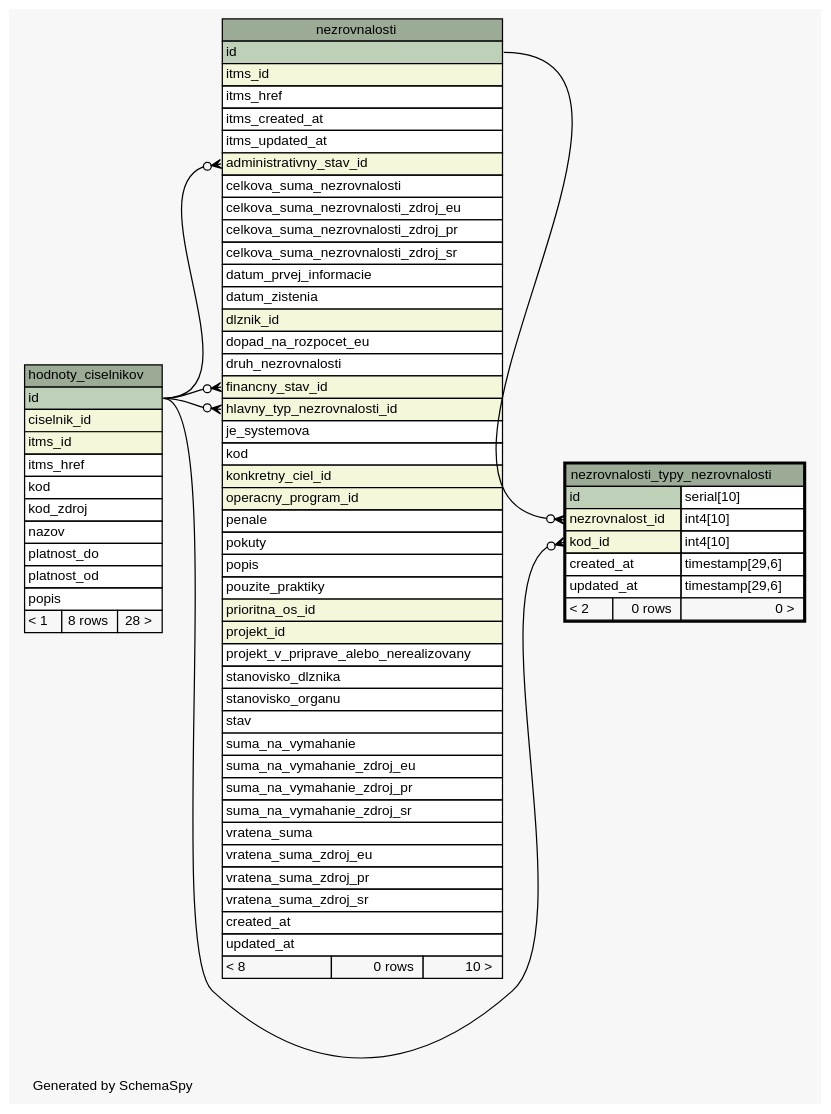
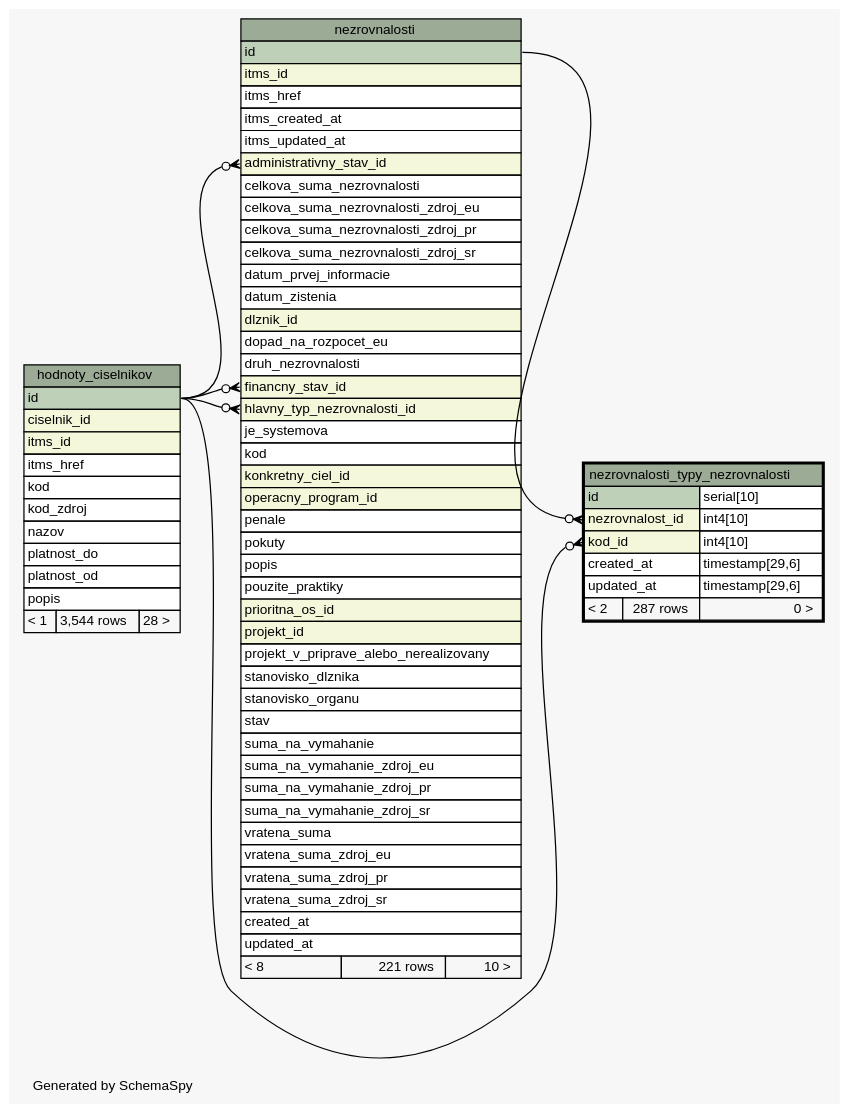
The diagram in diagrams/nezrovnalosti_typy_nezrovnalosti.1degree.dot (eronisko/itms_schema), drawn with Graphviz before and after one commit. The commit also changed 470 other files, not shown here.

Commit message:
Reload schema data

```diff
--- a/diagrams/nezrovnalosti_typy_nezrovnalosti.1degree.dot
+++ b/diagrams/nezrovnalosti_typy_nezrovnalosti.1degree.dot
@@ -1,110 +1,110 @@
 // dot 2.38.0 on Linux 4.10.0-38-generic
 // SchemaSpy rev 590
 digraph "oneDegreeRelationshipsDiagram" {
   graph [
     rankdir="RL"
     bgcolor="#f7f7f7"
     label="\nGenerated by SchemaSpy"
     labeljust="l"
     nodesep="0.18"
     ranksep="0.46"
     fontname="Helvetica"
     fontsize="11"
   ];
   node [
     fontname="Helvetica"
     fontsize="11"
     shape="plaintext"
   ];
   edge [
     arrowsize="0.8"
   ];
   "nezrovnalosti":"administrativny_stav_id":w -> "hodnoty_ciselnikov":"id":e [arrowhead=none dir=back arrowtail=crowodot];
   "nezrovnalosti":"financny_stav_id":w -> "hodnoty_ciselnikov":"id":e [arrowhead=none dir=back arrowtail=crowodot];
   "nezrovnalosti":"hlavny_typ_nezrovnalosti_id":w -> "hodnoty_ciselnikov":"id":e [arrowhead=none dir=back arrowtail=crowodot];
   "nezrovnalosti_typy_nezrovnalosti":"kod_id":w -> "hodnoty_ciselnikov":"id":e [arrowhead=none dir=back arrowtail=crowodot];
   "nezrovnalosti_typy_nezrovnalosti":"nezrovnalost_id":w -> "nezrovnalosti":"id":e [arrowhead=none dir=back arrowtail=crowodot];
   "hodnoty_ciselnikov" [
     label=<
     <TABLE BORDER="0" CELLBORDER="1" CELLSPACING="0" BGCOLOR="#ffffff">
       <TR><TD COLSPAN="3" BGCOLOR="#9bab96" ALIGN="CENTER">hodnoty_ciselnikov</TD></TR>
       <TR><TD PORT="id" COLSPAN="3" BGCOLOR="#bed1b8" ALIGN="LEFT">id</TD></TR>
       <TR><TD PORT="ciselnik_id" COLSPAN="3" BGCOLOR="#f4f7da" ALIGN="LEFT">ciselnik_id</TD></TR>
       <TR><TD PORT="itms_id" COLSPAN="3" BGCOLOR="#f4f7da" ALIGN="LEFT">itms_id</TD></TR>
       <TR><TD PORT="itms_href" COLSPAN="3" ALIGN="LEFT">itms_href</TD></TR>
       <TR><TD PORT="kod" COLSPAN="3" ALIGN="LEFT">kod</TD></TR>
       <TR><TD PORT="kod_zdroj" COLSPAN="3" ALIGN="LEFT">kod_zdroj</TD></TR>
       <TR><TD PORT="nazov" COLSPAN="3" ALIGN="LEFT">nazov</TD></TR>
       <TR><TD PORT="platnost_do" COLSPAN="3" ALIGN="LEFT">platnost_do</TD></TR>
       <TR><TD PORT="platnost_od" COLSPAN="3" ALIGN="LEFT">platnost_od</TD></TR>
       <TR><TD PORT="popis" COLSPAN="3" ALIGN="LEFT">popis</TD></TR>
-      <TR><TD ALIGN="LEFT" BGCOLOR="#f7f7f7">&lt; 1</TD><TD ALIGN="RIGHT" BGCOLOR="#f7f7f7">8 rows</TD><TD ALIGN="RIGHT" BGCOLOR="#f7f7f7">28 &gt;</TD></TR>
+      <TR><TD ALIGN="LEFT" BGCOLOR="#f7f7f7">&lt; 1</TD><TD ALIGN="RIGHT" BGCOLOR="#f7f7f7">3,544 rows</TD><TD ALIGN="RIGHT" BGCOLOR="#f7f7f7">28 &gt;</TD></TR>
     </TABLE>>
     URL="hodnoty_ciselnikov.html"
     tooltip="hodnoty_ciselnikov"
   ];
   "nezrovnalosti" [
     label=<
     <TABLE BORDER="0" CELLBORDER="1" CELLSPACING="0" BGCOLOR="#ffffff">
       <TR><TD COLSPAN="3" BGCOLOR="#9bab96" ALIGN="CENTER">nezrovnalosti</TD></TR>
       <TR><TD PORT="id" COLSPAN="3" BGCOLOR="#bed1b8" ALIGN="LEFT">id</TD></TR>
       <TR><TD PORT="itms_id" COLSPAN="3" BGCOLOR="#f4f7da" ALIGN="LEFT">itms_id</TD></TR>
       <TR><TD PORT="itms_href" COLSPAN="3" ALIGN="LEFT">itms_href</TD></TR>
       <TR><TD PORT="itms_created_at" COLSPAN="3" ALIGN="LEFT">itms_created_at</TD></TR>
       <TR><TD PORT="itms_updated_at" COLSPAN="3" ALIGN="LEFT">itms_updated_at</TD></TR>
       <TR><TD PORT="administrativny_stav_id" COLSPAN="3" BGCOLOR="#f4f7da" ALIGN="LEFT">administrativny_stav_id</TD></TR>
       <TR><TD PORT="celkova_suma_nezrovnalosti" COLSPAN="3" ALIGN="LEFT">celkova_suma_nezrovnalosti</TD></TR>
       <TR><TD PORT="celkova_suma_nezrovnalosti_zdroj_eu" COLSPAN="3" ALIGN="LEFT">celkova_suma_nezrovnalosti_zdroj_eu</TD></TR>
       <TR><TD PORT="celkova_suma_nezrovnalosti_zdroj_pr" COLSPAN="3" ALIGN="LEFT">celkova_suma_nezrovnalosti_zdroj_pr</TD></TR>
       <TR><TD PORT="celkova_suma_nezrovnalosti_zdroj_sr" COLSPAN="3" ALIGN="LEFT">celkova_suma_nezrovnalosti_zdroj_sr</TD></TR>
       <TR><TD PORT="datum_prvej_informacie" COLSPAN="3" ALIGN="LEFT">datum_prvej_informacie</TD></TR>
       <TR><TD PORT="datum_zistenia" COLSPAN="3" ALIGN="LEFT">datum_zistenia</TD></TR>
       <TR><TD PORT="dlznik_id" COLSPAN="3" BGCOLOR="#f4f7da" ALIGN="LEFT">dlznik_id</TD></TR>
       <TR><TD PORT="dopad_na_rozpocet_eu" COLSPAN="3" ALIGN="LEFT">dopad_na_rozpocet_eu</TD></TR>
       <TR><TD PORT="druh_nezrovnalosti" COLSPAN="3" ALIGN="LEFT">druh_nezrovnalosti</TD></TR>
       <TR><TD PORT="financny_stav_id" COLSPAN="3" BGCOLOR="#f4f7da" ALIGN="LEFT">financny_stav_id</TD></TR>
       <TR><TD PORT="hlavny_typ_nezrovnalosti_id" COLSPAN="3" BGCOLOR="#f4f7da" ALIGN="LEFT">hlavny_typ_nezrovnalosti_id</TD></TR>
       <TR><TD PORT="je_systemova" COLSPAN="3" ALIGN="LEFT">je_systemova</TD></TR>
       <TR><TD PORT="kod" COLSPAN="3" ALIGN="LEFT">kod</TD></TR>
       <TR><TD PORT="konkretny_ciel_id" COLSPAN="3" BGCOLOR="#f4f7da" ALIGN="LEFT">konkretny_ciel_id</TD></TR>
       <TR><TD PORT="operacny_program_id" COLSPAN="3" BGCOLOR="#f4f7da" ALIGN="LEFT">operacny_program_id</TD></TR>
       <TR><TD PORT="penale" COLSPAN="3" ALIGN="LEFT">penale</TD></TR>
       <TR><TD PORT="pokuty" COLSPAN="3" ALIGN="LEFT">pokuty</TD></TR>
       <TR><TD PORT="popis" COLSPAN="3" ALIGN="LEFT">popis</TD></TR>
       <TR><TD PORT="pouzite_praktiky" COLSPAN="3" ALIGN="LEFT">pouzite_praktiky</TD></TR>
       <TR><TD PORT="prioritna_os_id" COLSPAN="3" BGCOLOR="#f4f7da" ALIGN="LEFT">prioritna_os_id</TD></TR>
       <TR><TD PORT="projekt_id" COLSPAN="3" BGCOLOR="#f4f7da" ALIGN="LEFT">projekt_id</TD></TR>
       <TR><TD PORT="projekt_v_priprave_alebo_nerealizovany" COLSPAN="3" ALIGN="LEFT">projekt_v_priprave_alebo_nerealizovany</TD></TR>
       <TR><TD PORT="stanovisko_dlznika" COLSPAN="3" ALIGN="LEFT">stanovisko_dlznika</TD></TR>
       <TR><TD PORT="stanovisko_organu" COLSPAN="3" ALIGN="LEFT">stanovisko_organu</TD></TR>
       <TR><TD PORT="stav" COLSPAN="3" ALIGN="LEFT">stav</TD></TR>
       <TR><TD PORT="suma_na_vymahanie" COLSPAN="3" ALIGN="LEFT">suma_na_vymahanie</TD></TR>
       <TR><TD PORT="suma_na_vymahanie_zdroj_eu" COLSPAN="3" ALIGN="LEFT">suma_na_vymahanie_zdroj_eu</TD></TR>
       <TR><TD PORT="suma_na_vymahanie_zdroj_pr" COLSPAN="3" ALIGN="LEFT">suma_na_vymahanie_zdroj_pr</TD></TR>
       <TR><TD PORT="suma_na_vymahanie_zdroj_sr" COLSPAN="3" ALIGN="LEFT">suma_na_vymahanie_zdroj_sr</TD></TR>
       <TR><TD PORT="vratena_suma" COLSPAN="3" ALIGN="LEFT">vratena_suma</TD></TR>
       <TR><TD PORT="vratena_suma_zdroj_eu" COLSPAN="3" ALIGN="LEFT">vratena_suma_zdroj_eu</TD></TR>
       <TR><TD PORT="vratena_suma_zdroj_pr" COLSPAN="3" ALIGN="LEFT">vratena_suma_zdroj_pr</TD></TR>
       <TR><TD PORT="vratena_suma_zdroj_sr" COLSPAN="3" ALIGN="LEFT">vratena_suma_zdroj_sr</TD></TR>
       <TR><TD PORT="created_at" COLSPAN="3" ALIGN="LEFT">created_at</TD></TR>
       <TR><TD PORT="updated_at" COLSPAN="3" ALIGN="LEFT">updated_at</TD></TR>
-      <TR><TD ALIGN="LEFT" BGCOLOR="#f7f7f7">&lt; 8</TD><TD ALIGN="RIGHT" BGCOLOR="#f7f7f7">0 rows</TD><TD ALIGN="RIGHT" BGCOLOR="#f7f7f7">10 &gt;</TD></TR>
+      <TR><TD ALIGN="LEFT" BGCOLOR="#f7f7f7">&lt; 8</TD><TD ALIGN="RIGHT" BGCOLOR="#f7f7f7">221 rows</TD><TD ALIGN="RIGHT" BGCOLOR="#f7f7f7">10 &gt;</TD></TR>
     </TABLE>>
     URL="nezrovnalosti.html"
     tooltip="nezrovnalosti"
   ];
   "nezrovnalosti_typy_nezrovnalosti" [
     label=<
     <TABLE BORDER="2" CELLBORDER="1" CELLSPACING="0" BGCOLOR="#ffffff">
       <TR><TD COLSPAN="3" BGCOLOR="#9bab96" ALIGN="CENTER">nezrovnalosti_typy_nezrovnalosti</TD></TR>
       <TR><TD PORT="id" COLSPAN="2" BGCOLOR="#bed1b8" ALIGN="LEFT">id</TD><TD PORT="id.type" ALIGN="LEFT">serial[10]</TD></TR>
       <TR><TD PORT="nezrovnalost_id" COLSPAN="2" BGCOLOR="#f4f7da" ALIGN="LEFT">nezrovnalost_id</TD><TD PORT="nezrovnalost_id.type" ALIGN="LEFT">int4[10]</TD></TR>
       <TR><TD PORT="kod_id" COLSPAN="2" BGCOLOR="#f4f7da" ALIGN="LEFT">kod_id</TD><TD PORT="kod_id.type" ALIGN="LEFT">int4[10]</TD></TR>
       <TR><TD PORT="created_at" COLSPAN="2" ALIGN="LEFT">created_at</TD><TD PORT="created_at.type" ALIGN="LEFT">timestamp[29,6]</TD></TR>
       <TR><TD PORT="updated_at" COLSPAN="2" ALIGN="LEFT">updated_at</TD><TD PORT="updated_at.type" ALIGN="LEFT">timestamp[29,6]</TD></TR>
-      <TR><TD ALIGN="LEFT" BGCOLOR="#f7f7f7">&lt; 2</TD><TD ALIGN="RIGHT" BGCOLOR="#f7f7f7">0 rows</TD><TD ALIGN="RIGHT" BGCOLOR="#f7f7f7">0 &gt;</TD></TR>
+      <TR><TD ALIGN="LEFT" BGCOLOR="#f7f7f7">&lt; 2</TD><TD ALIGN="RIGHT" BGCOLOR="#f7f7f7">287 rows</TD><TD ALIGN="RIGHT" BGCOLOR="#f7f7f7">0 &gt;</TD></TR>
     </TABLE>>
     URL="nezrovnalosti_typy_nezrovnalosti.html"
     tooltip="nezrovnalosti_typy_nezrovnalosti"
   ];
 }
```
